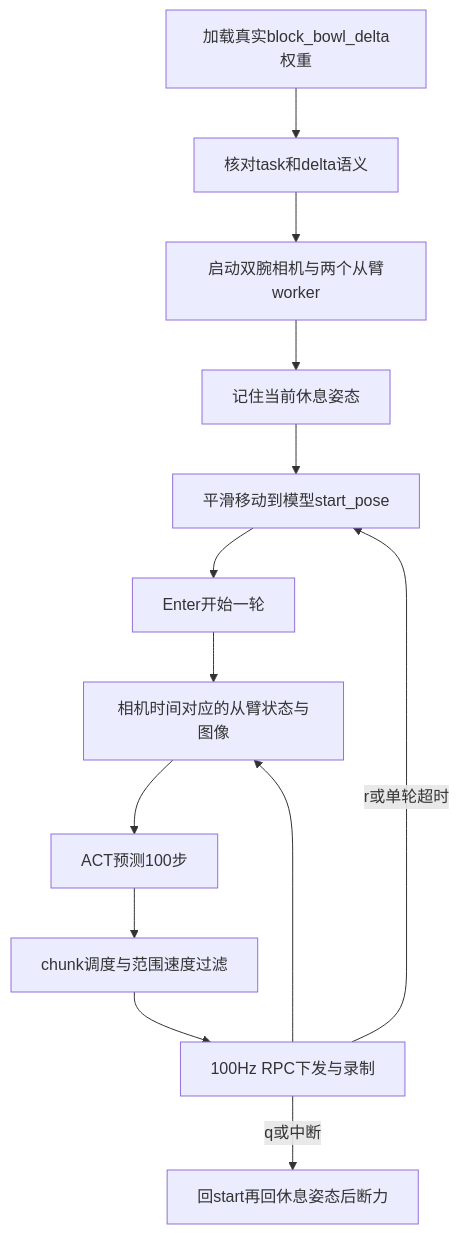
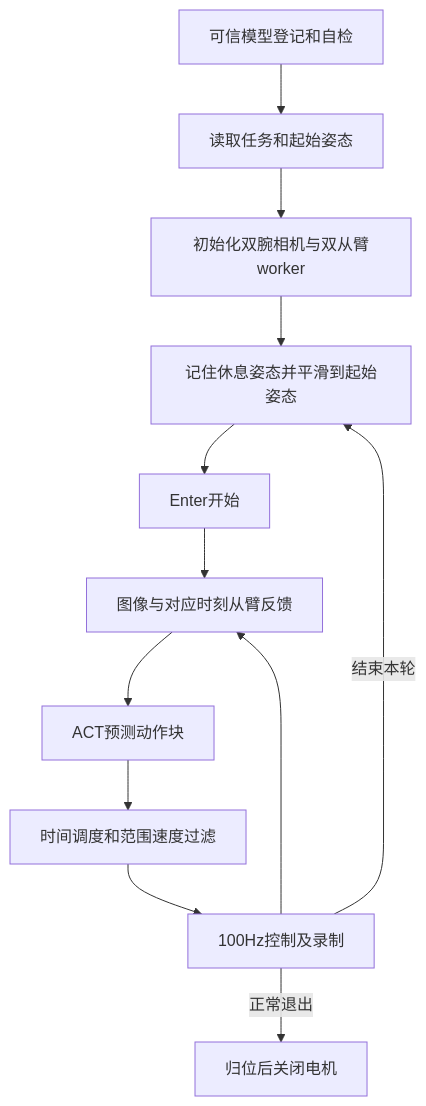
One commit to k1deler/put-yellow-block-into-red-box changed the diagram in 源码学习.md. Above: the diagram before and after it, drawn with Mermaid. The commit also changed other lines of this file and 75 other files, not shown here.

````diff
--- a/源码学习.md
+++ b/源码学习.md
@@ -7,15 +5,14 @@
 ```mermaid
 flowchart TD
-    A[加载真实block_bowl_delta权重] --> B[核对task和delta语义]
-    B --> C[启动双腕相机与两个从臂worker]
-    C --> D[记住当前休息姿态]
-    D --> E[平滑移动到模型start_pose]
-    E --> F[Enter开始一轮]
-    F --> G[相机时间对应的从臂状态与图像]
-    G --> H[ACT预测100步]
-    H --> I[chunk调度与范围速度过滤]
-    I --> J[100Hz RPC下发与录制]
-    J --> G
-    J -->|r或单轮超时| E
-    J -->|q或中断| K[回start再回休息姿态后断力]
+    A[可信模型登记和自检] --> B[读取任务和起始姿态]
+    B --> C[初始化双腕相机与双从臂worker]
+    C --> D[记住休息姿态并平滑到起始姿态]
+    D --> E[Enter开始]
+    E --> F[图像与对应时刻从臂反馈]
+    F --> G[ACT预测动作块]
+    G --> H[时间调度和范围速度过滤]
+    H --> I[100Hz控制及录制]
+    I --> F
+    I -->|结束本轮| D
+    I -->|正常退出| J[归位后关闭电机]
 ```
````
